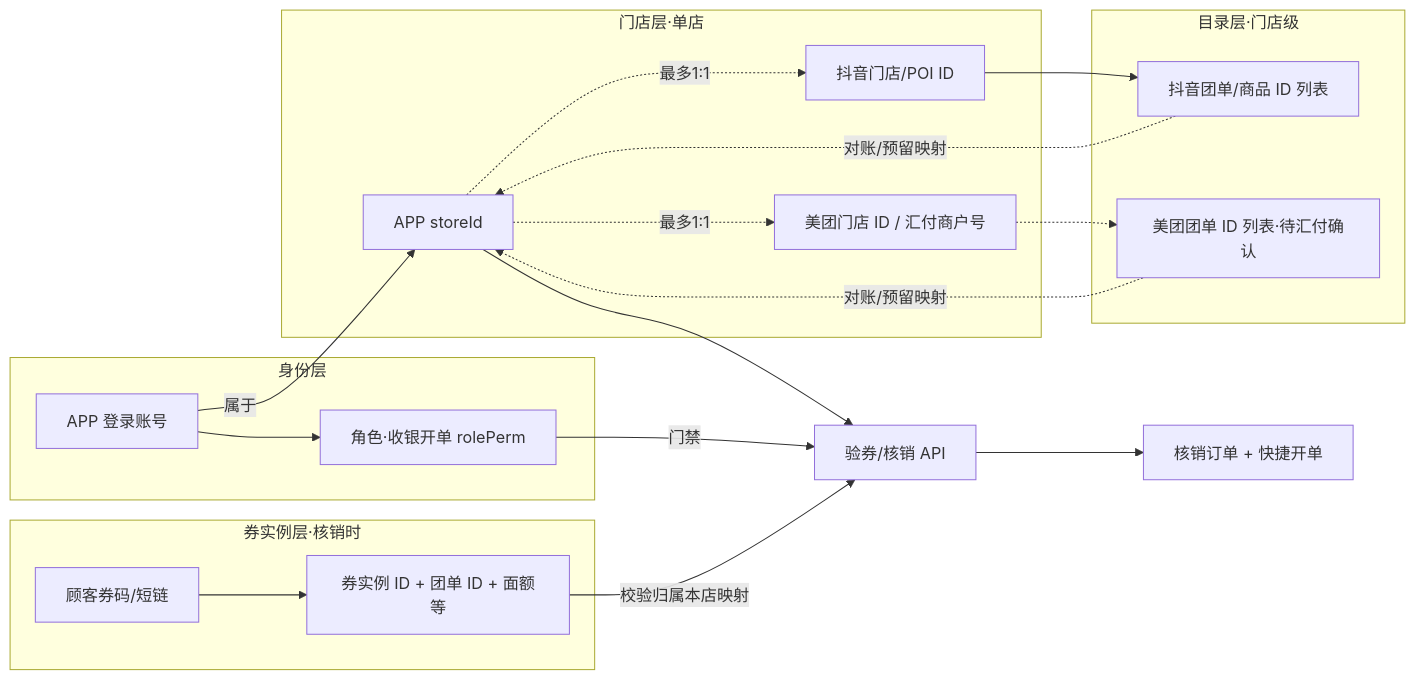
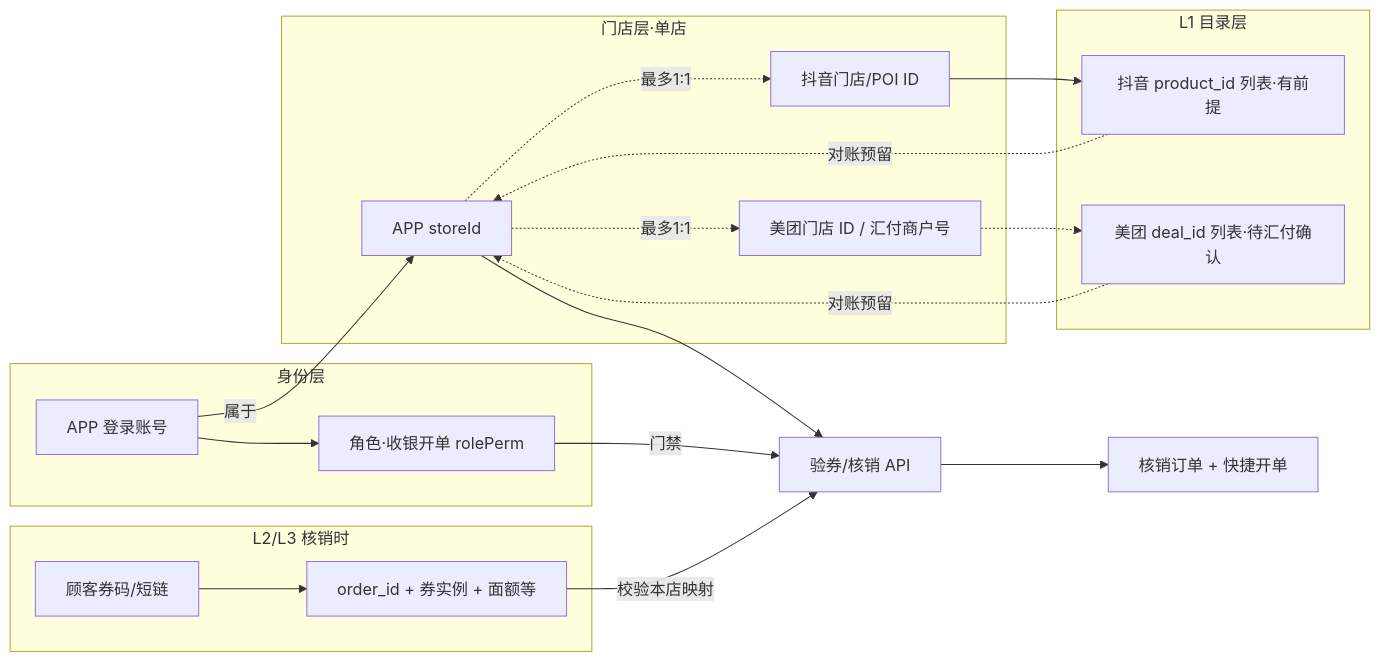
One commit to XDean-Designer/tiktok changed the fifth of 5 diagrams in PRD-团购核销.md. Above: the diagram before and after it, drawn with Mermaid. The commit also changed other lines of this file and 4 other files, not shown here.

````diff
--- a/PRD-团购核销.md
+++ b/PRD-团购核销.md
@@ -1049,37 +1076,37 @@
 ```mermaid
 flowchart LR
   subgraph Identity["身份层"]
     U[APP 登录账号]
     R[角色·收银开单 rolePerm]
     U --> R
   end
 
   subgraph Store["门店层·单店"]
     AS[APP storeId]
     DY[抖音门店/POI ID]
     MT[美团门店 ID / 汇付商户号]
     AS -.最多1:1.-> DY
     AS -.最多1:1.-> MT
   end
 
-  subgraph Catalog["目录层·门店级"]
-    DDeal[抖音团单/商品 ID 列表]
-    MDeal[美团团单 ID 列表·待汇付确认]
+  subgraph Catalog["L1 目录层"]
+    DDeal[抖音 product_id 列表·有前提]
+    MDeal[美团 deal_id 列表·待汇付确认]
     DY --> DDeal
     MT -.-> MDeal
   end
 
-  subgraph Ticket["券实例层·核销时"]
+  subgraph Ticket["L2/L3 核销时"]
     Code[顾客券码/短链]
-    CID[券实例 ID + 团单 ID + 面额等]
+    CID[order_id + 券实例 + 面额等]
     Code --> CID
   end
 
   U -->|属于| AS
   R -->|门禁| V[验券/核销 API]
   AS --> V
-  DDeal -.对账/预留映射.-> AS
-  MDeal -.对账/预留映射.-> AS
-  CID -->|校验归属本店映射| V
+  DDeal -.对账预留.-> AS
+  MDeal -.对账预留.-> AS
+  CID -->|校验本店映射| V
   V --> Order[核销订单 + 快捷开单]
 ```
````
